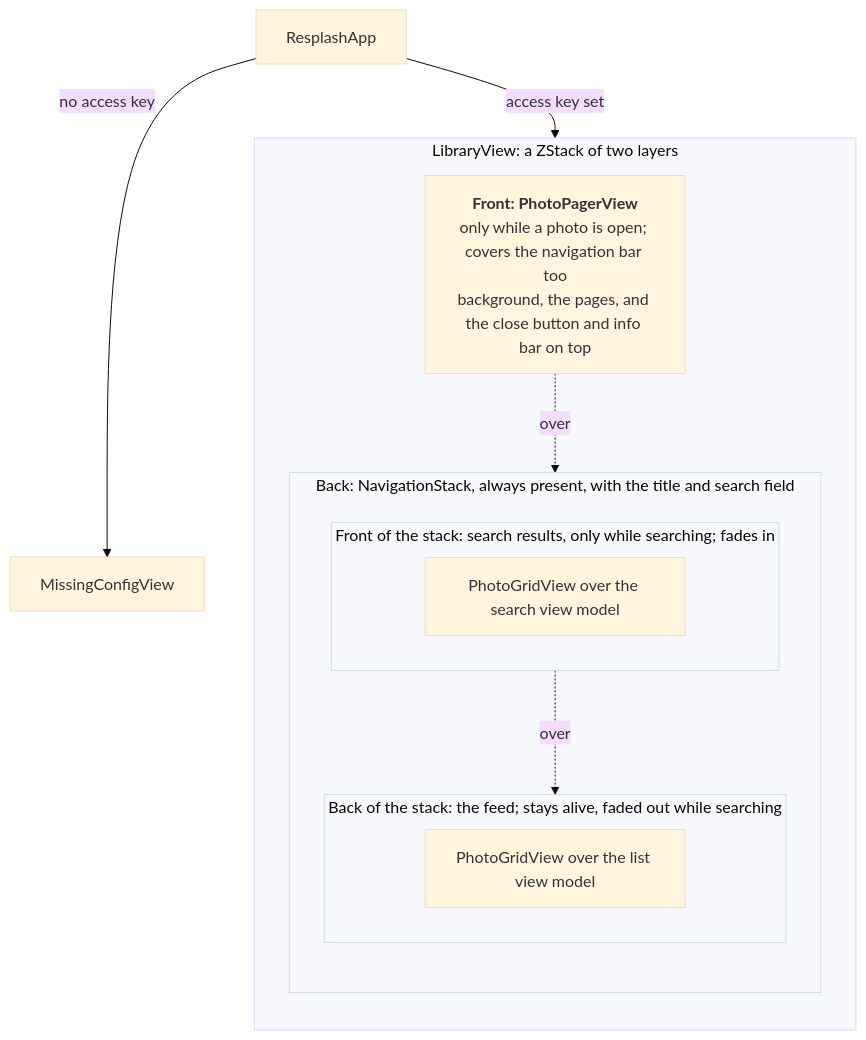
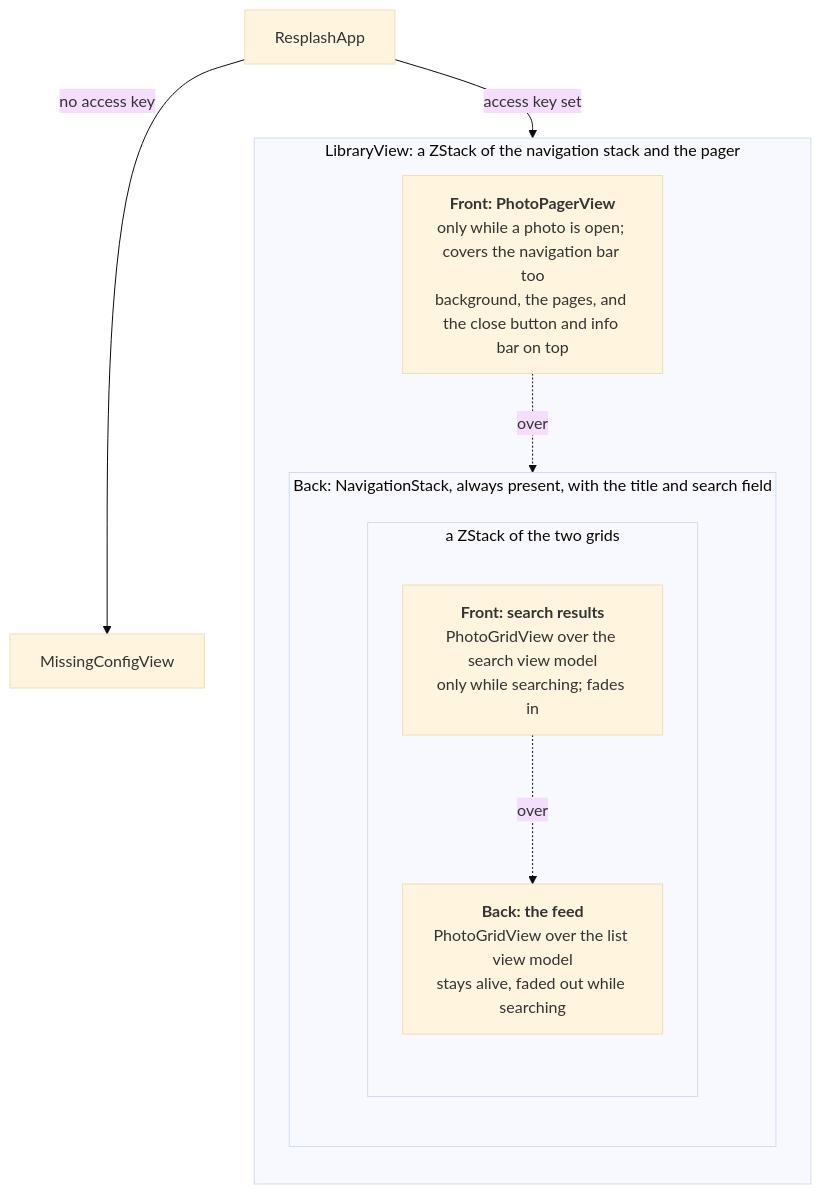
Before and after one commit to gdhardcastle/resplash: the second of 4 diagrams in README.md, drawn with Mermaid (base theme).

Commit message:
Show the feed and search grids as a ZStack inside the navigation stack

````diff
--- a/README.md
+++ b/README.md
@@ -53,24 +53,23 @@
 ```mermaid
 flowchart TB
     App["ResplashApp"] -->|"no access key"| Missing["MissingConfigView"]
     App -->|"access key set"| Stack
 
-    subgraph Stack["LibraryView: a ZStack of two layers"]
+    subgraph Stack["LibraryView: a ZStack of the navigation stack and the pager"]
         direction TB
 
         Pager["<b>Front: PhotoPagerView</b><br/>only while a photo is open; covers the navigation bar too<br/>background, the pages, and the close button and info bar on top"]
 
         subgraph Nav["Back: NavigationStack, always present, with the title and search field"]
             direction TB
-            subgraph Search["Front of the stack: search results, only while searching; fades in"]
-                SearchGrid["PhotoGridView over the search view model"]
+            subgraph Inner["a ZStack of the two grids"]
+                direction TB
+                SearchGrid["<b>Front: search results</b><br/>PhotoGridView over the search view model<br/>only while searching; fades in"]
+                FeedGrid["<b>Back: the feed</b><br/>PhotoGridView over the list view model<br/>stays alive, faded out while searching"]
+                SearchGrid -.->|"over"| FeedGrid
             end
-            subgraph Feed["Back of the stack: the feed; stays alive, faded out while searching"]
-                FeedGrid["PhotoGridView over the list view model"]
-            end
-            Search -.->|"over"| Feed
         end
 
         Pager -.->|"over"| Nav
     end
 ```
````
